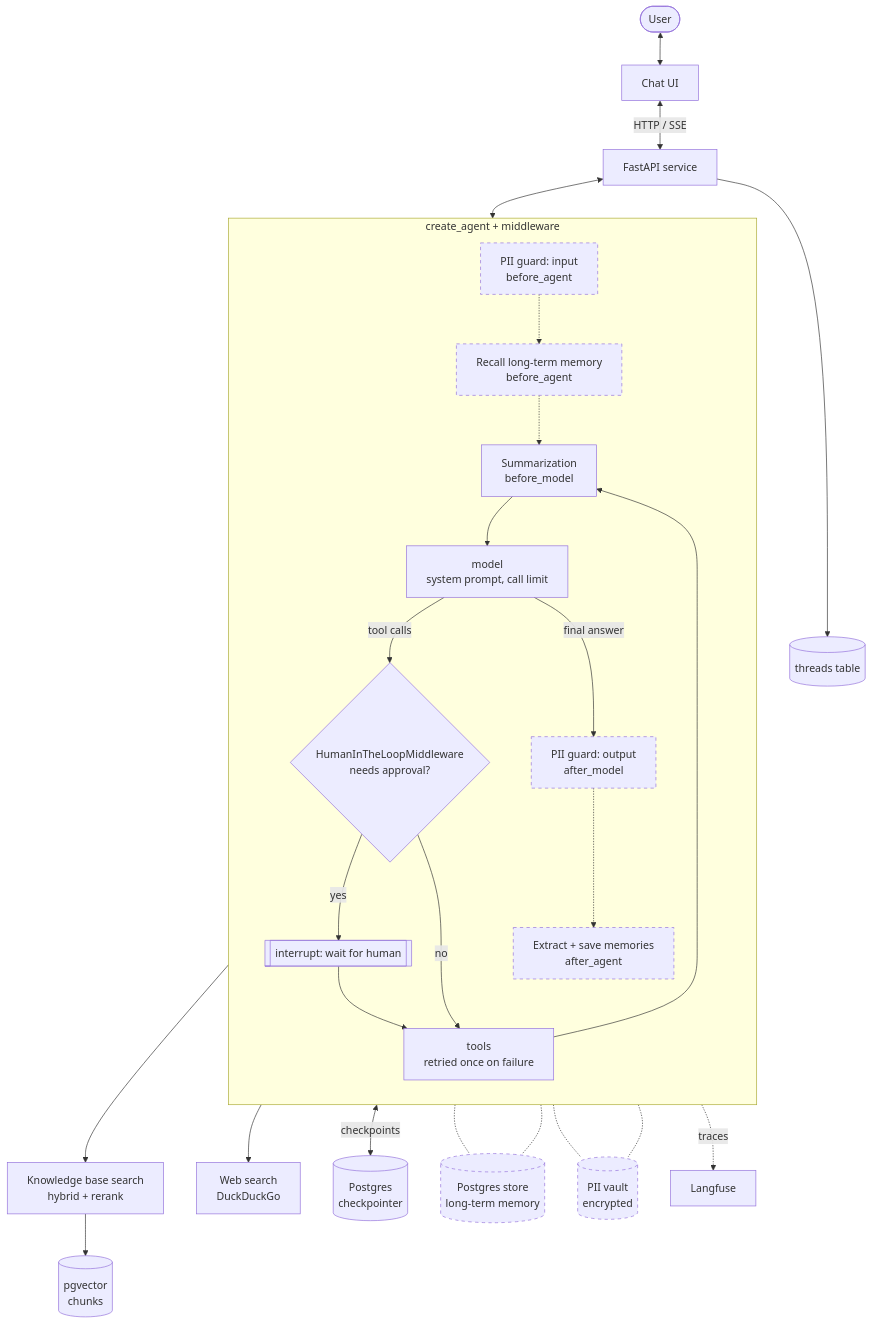
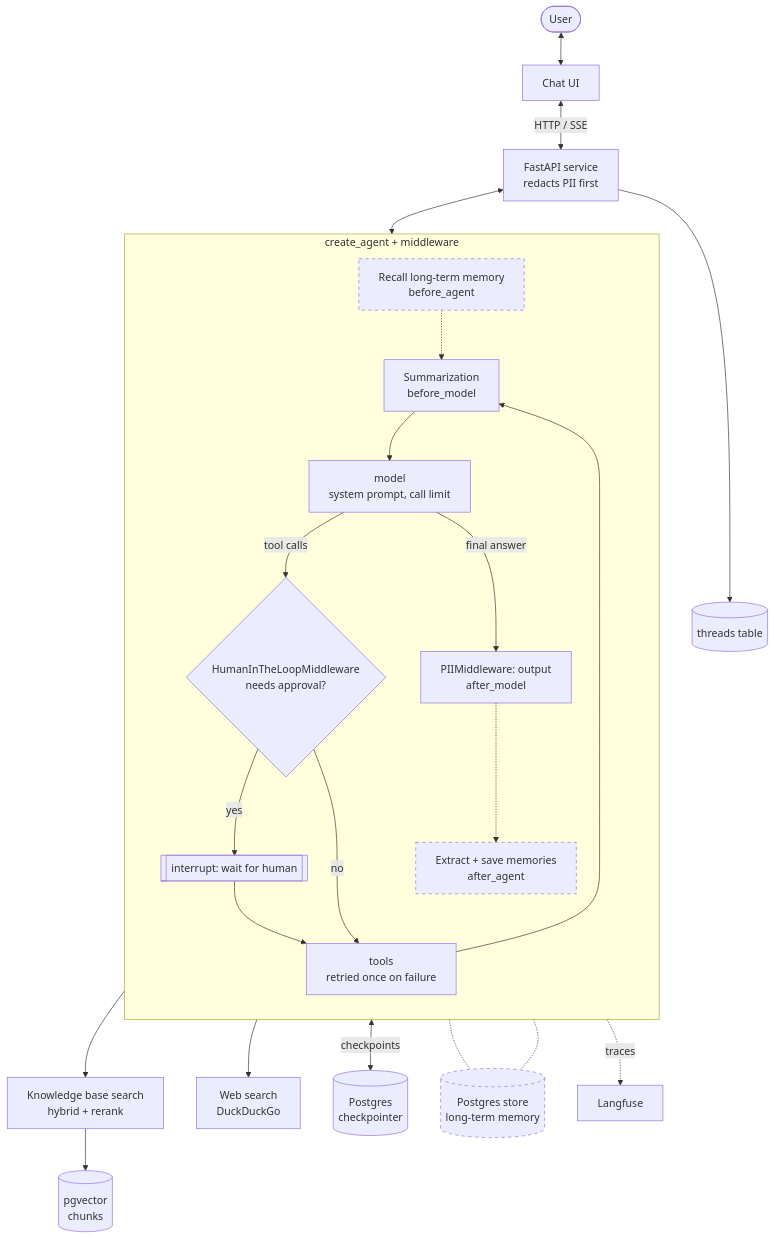
The second of 2 diagrams in docs/README.md (Anirudh1905/agentic-ai-chatbot), drawn with Mermaid before and after one commit. The commit also changed other lines of this file and 22 other files, not shown here.

````diff
--- a/docs/README.md
+++ b/docs/README.md
@@ -44,35 +44,32 @@
 ```mermaid
 flowchart TB
     User([User]) <--> UI[Chat UI]
-    UI <-->|HTTP / SSE| API[FastAPI service]
+    UI <-->|HTTP / SSE| API[FastAPI service<br/>redacts PII first]
 
     subgraph Agent["create_agent + middleware"]
         direction TB
-        PIIin[PII guard: input<br/>before_agent] -.-> LoadMem[Recall long-term memory<br/>before_agent]
-        LoadMem -.-> Sum[Summarization<br/>before_model]
+        LoadMem[Recall long-term memory<br/>before_agent] -.-> Sum[Summarization<br/>before_model]
         Sum --> LLM[model<br/>system prompt, call limit]
         LLM -->|tool calls| HITL{HumanInTheLoopMiddleware<br/>needs approval?}
         HITL -->|yes| Interrupt[[interrupt: wait for human]]
         Interrupt --> Tools
         HITL -->|no| Tools[tools<br/>retried once on failure]
         Tools --> Sum
-        LLM -->|final answer| PIIout[PII guard: output<br/>after_model]
+        LLM -->|final answer| PIIout[PIIMiddleware: output<br/>after_model]
         PIIout -.-> SaveMem[Extract + save memories<br/>after_agent]
     end
 
     API <--> Agent
 
     Tools --> RAG[Knowledge base search<br/>hybrid + rerank]
     Tools --> Web[Web search<br/>DuckDuckGo]
     RAG --> VDB[(pgvector<br/>chunks)]
     Agent <-->|checkpoints| CP[(Postgres<br/>checkpointer)]
     LoadMem -.- LTM[(Postgres store<br/>long-term memory)]
     SaveMem -.- LTM
-    PIIin -.- Vault[(PII vault<br/>encrypted)]
-    PIIout -.- Vault
     Agent -.traces.-> Obs[Langfuse]
     API --> Threads[(threads table)]
 
     classDef planned stroke-dasharray: 5 5
-    class PIIin,LoadMem,PIIout,SaveMem,LTM,Vault planned
+    class LoadMem,SaveMem,LTM planned
 ```
````
